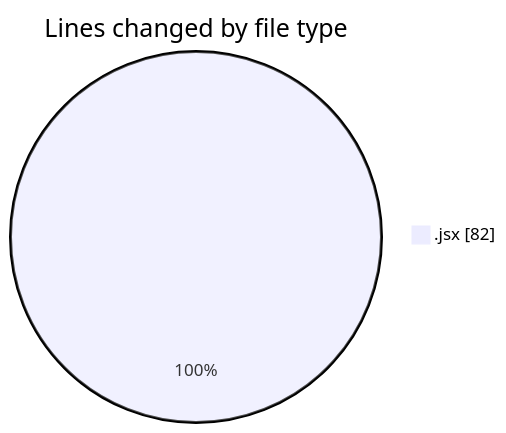
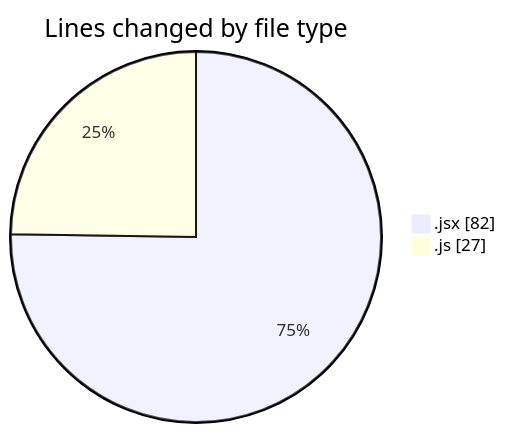
The first of 2 diagrams in 2025-05-16/argos-dev/README.md (nxtqubesakshisongat/code-tracking), drawn with Mermaid before and after one commit. The commit also changed other lines of this file and 1 other file, not shown here.

````diff
--- a/2025-05-16/argos-dev/README.md
+++ b/2025-05-16/argos-dev/README.md
@@ -20,5 +21,6 @@
 ```mermaid
 pie showData
 title Lines changed by file type
 ".jsx" : 82
+".js" : 27
 ```
````
